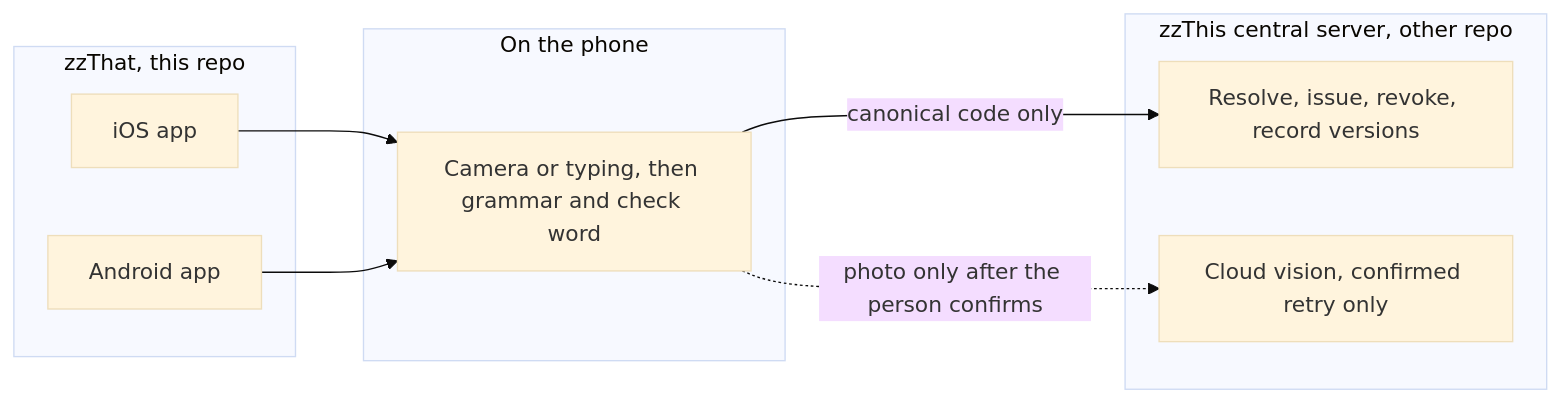
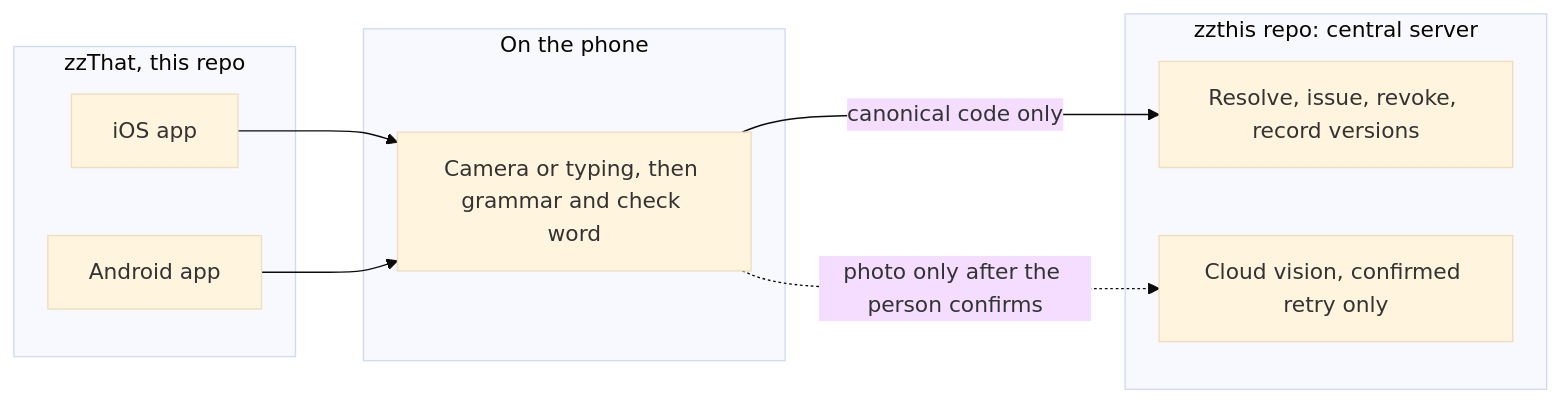
One commit to Zero-State-LLC/zzthat changed the diagram in README.md. Above: the diagram before and after it, drawn with Mermaid (base theme). The commit also changed other lines of this file and 7 other files, not shown here.

````diff
--- a/README.md
+++ b/README.md
@@ -74,18 +74,18 @@
 ```mermaid
 flowchart LR
   subgraph That["zzThat, this repo"]
     iOS["iOS app"]
     Android["Android app"]
   end
   subgraph Phone["On the phone"]
     Local["Camera or typing, then grammar and check word"]
   end
-  subgraph Server["zzThis central server, other repo"]
+  subgraph Server["zzthis repo: central server"]
     API["Resolve, issue, revoke, record versions"]
     Vision["Cloud vision, confirmed retry only"]
   end
   iOS --> Local
   Android --> Local
   Local -->|"canonical code only"| API
   Local -.->|"photo only after the person confirms"| Vision
 ```
````
